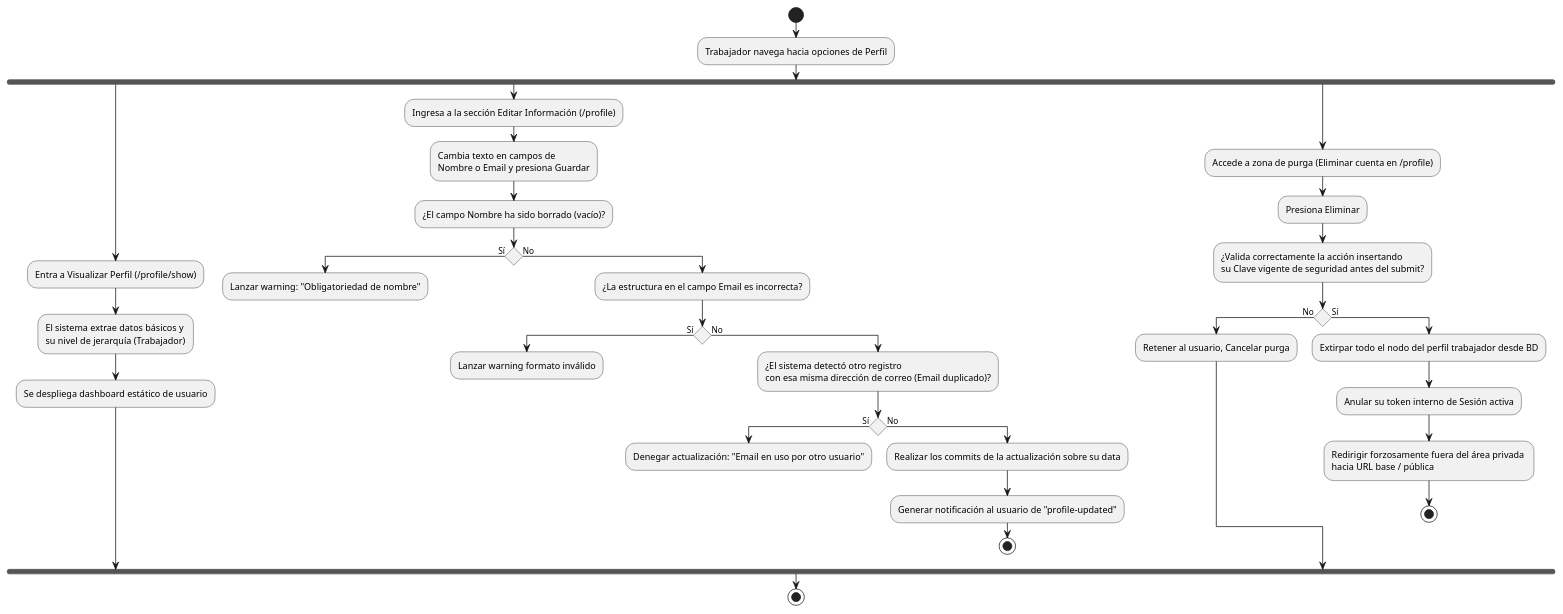
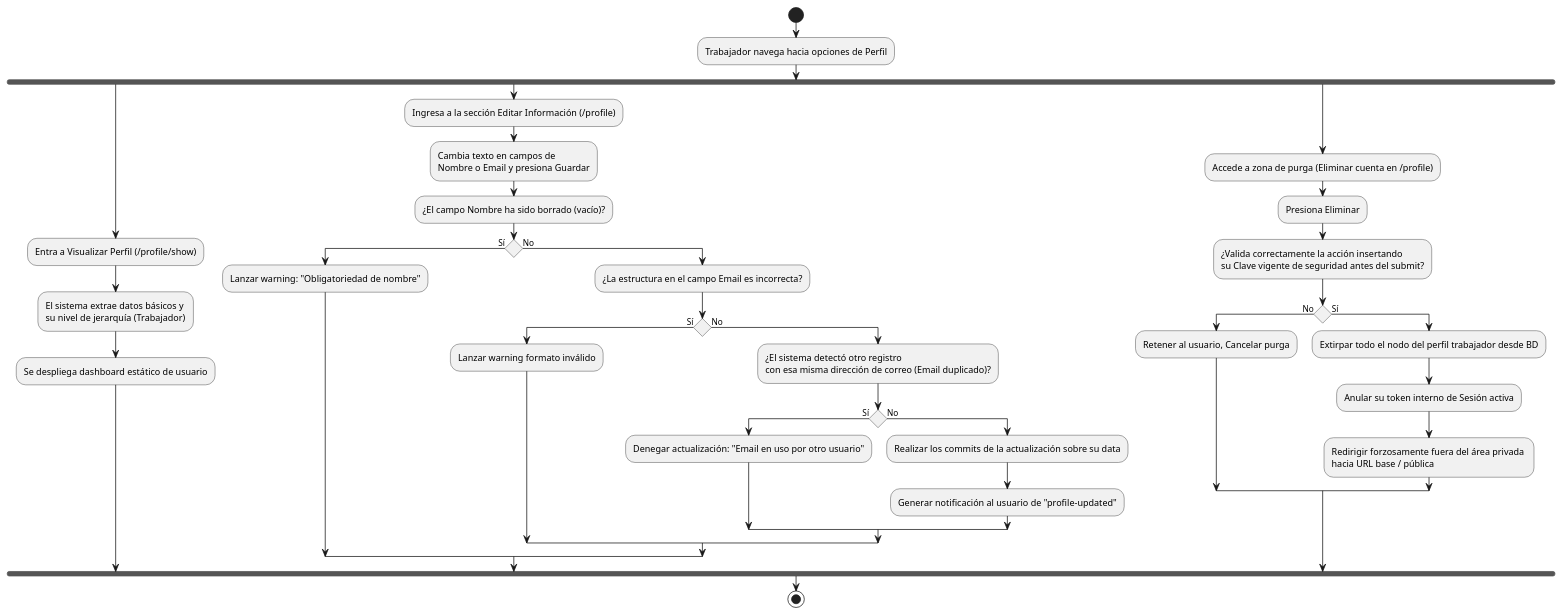
The diagram in document/diagrama_actividades/TRB/TRB-11.md (MasterErrorCLONE04/SIGERD.1.0), drawn with PlantUML before and after one commit. The commit also changed 28 other files, not shown here.

````diff
--- a/document/diagrama_actividades/TRB/TRB-11.md
+++ b/document/diagrama_actividades/TRB/TRB-11.md
@@ -20,55 +20,50 @@
 ```plantuml
 @startuml
 skinparam ConditionEndStyle hline
 
 start
 
 :Trabajador navega hacia opciones de Perfil;
 
 fork
   :Entra a Visualizar Perfil (/profile/show);
   :El sistema extrae datos básicos y \nsu nivel de jerarquía (Trabajador);
   :Se despliega dashboard estático de usuario;
 fork again
   :Ingresa a la sección Editar Información (/profile);
   :Cambia texto en campos de \nNombre o Email y presiona Guardar;
   
   :¿El campo Nombre ha sido borrado (vacío)?;
   if () then (Sí)
     :Lanzar warning: "Obligatoriedad de nombre";
-    kill
   else (No)
     :¿La estructura en el campo Email es incorrecta?;
     if () then (Sí)
       :Lanzar warning formato inválido;
-      kill
     else (No)
       :¿El sistema detectó otro registro \ncon esa misma dirección de correo (Email duplicado)?;
       if () then (Sí)
         :Denegar actualización: "Email en uso por otro usuario";
-        kill
       else (No)
         :Realizar los commits de la actualización sobre su data;
         :Generar notificación al usuario de "profile-updated";
-        stop
       endif
     endif
   endif
 fork again
   :Accede a zona de purga (Eliminar cuenta en /profile);
   :Presiona Eliminar;
   
   :¿Valida correctamente la acción insertando \nsu Clave vigente de seguridad antes del submit?;
   if () then (No)
     :Retener al usuario, Cancelar purga;
   else (Sí)
     :Extirpar todo el nodo del perfil trabajador desde BD;
     :Anular su token interno de Sesión activa;
     :Redirigir forzosamente fuera del área privada \nhacia URL base / pública;
-    stop
   endif
 end fork
 
 stop
 @enduml
 ```
````
